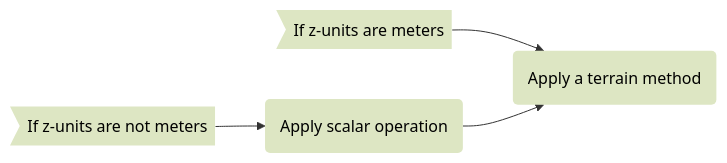
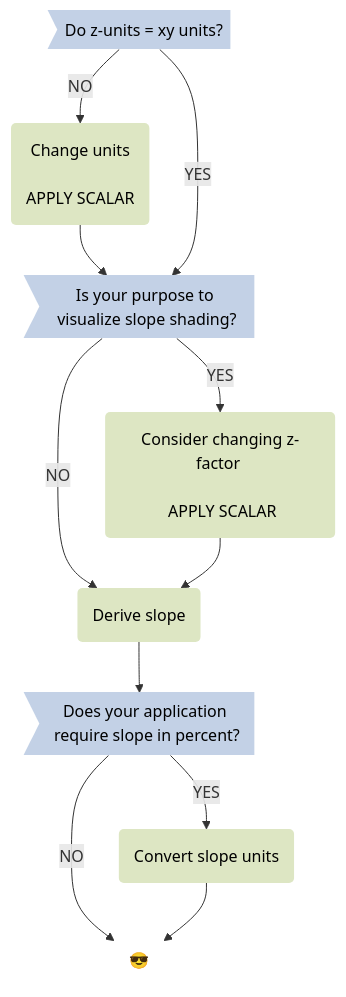
The first of 3 diagrams in src/methods/terrain.md (jeffhowarth/ee-edu), drawn with Mermaid before and after one commit. The commit also changed other lines of this file and 26 other files, not shown here.

````diff
--- a/src/methods/terrain.md
+++ b/src/methods/terrain.md
@@ -9,20 +39,39 @@
 ``` mermaid
-graph LR
+graph TD
 
-  step01>"If z-units are meters"] ;
-  step02("Apply a terrain method") ;
-  step03>"If z-units are not meters"] ;
-  step04("Apply scalar operation") ;
+  q1>"Do z-units = xy units?"] ;
+  q2>"Is your purpose to visualize slope shading?"] ;
+  q3>"Does your application require slope in percent?"] ;  
+  step01("Change units \n\n APPLY SCALAR") ;
+  step02("Consider changing z-factor \n\n APPLY SCALAR") ;
+  step03("Derive slope") ;
+  step04("Convert slope units") ;
+  step05(&#128526);
 
-  step01 --> step02
-  step03 --> step04
-  step04 --> step02
+  q1-- NO -->step01 --> q2
+  q1-- YES -->q2
+  q2-- YES -->step02
+  q2-- NO -->step03
+  step02 --> step03
+  step03 --> q3
+  q3-- YES --> step04  
+  q3 -- NO --> step05
+  step04 --> step05
+
+
 
   classDef task fill:#DDE6C3,stroke-width:0px,color:#000000;
-  
-  class step01 task; 
+  classDef check fill:#C3D1E6, stroke-width:0px,color:#000000;  
+  classDef done fill:#FFFFFF, stroke-width:0px,color:#000000;  
+
+
+  class q1 check; 
+  class q2 check; 
+  class q3 check; 
+  class step01 task;
   class step02 task;
-  class step03 task; 
+  class step03 task;
   class step04 task;
+  class step05 done; 
 
 ```
````
